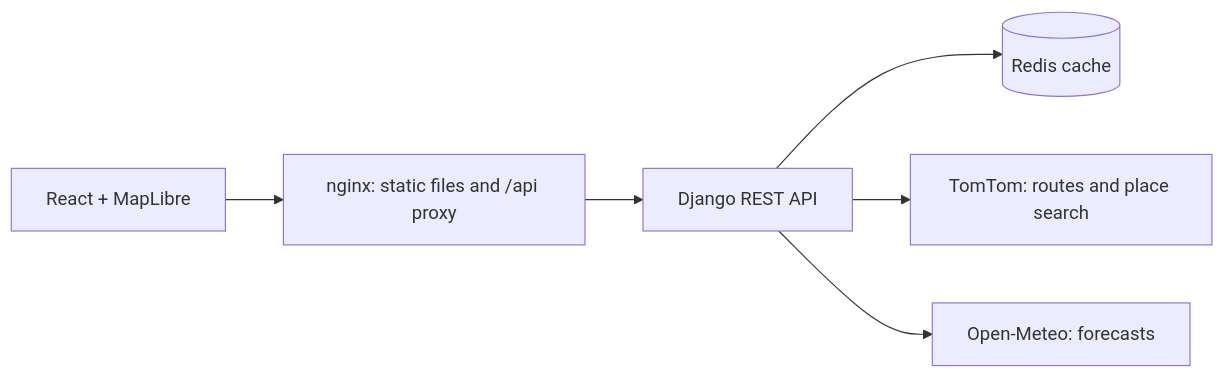
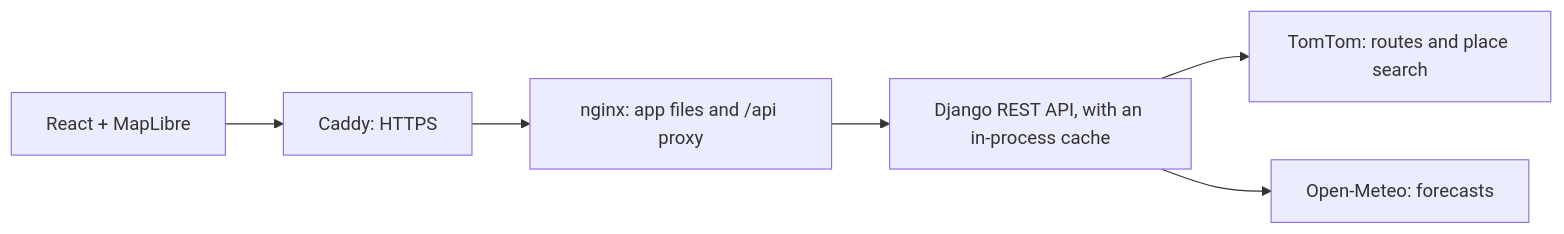
Before and after one commit to ahmadrashad1/Weather-Aware-Truck-Routing: the diagram in README.md, drawn with Mermaid. The commit also changed other lines of this file and 20 other files, not shown here.

````diff
--- a/README.md
+++ b/README.md
@@ -14,8 +14,8 @@
 ```mermaid
 flowchart LR
-    Browser["React + MapLibre"] --> Nginx["nginx: static files and /api proxy"]
-    Nginx --> Django["Django REST API"]
-    Django --> Redis[("Redis cache")]
+    Browser["React + MapLibre"] --> Caddy["Caddy: HTTPS"]
+    Caddy --> Nginx["nginx: app files and /api proxy"]
+    Nginx --> Django["Django REST API, with an in-process cache"]
     Django --> TomTom["TomTom: routes and place search"]
     Django --> OpenMeteo["Open-Meteo: forecasts"]
 ```
````
